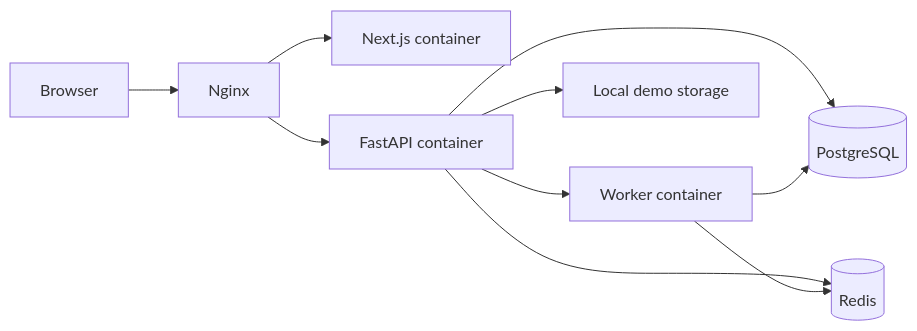
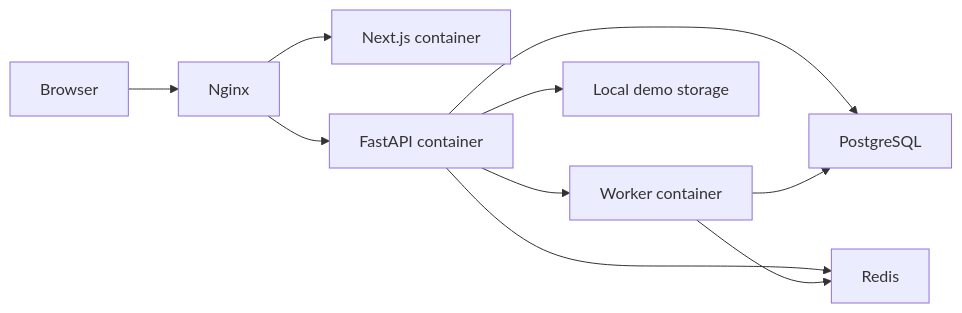
One commit to HUSNAIN-MUNAWAR/workflowops-ai changed the fourth of 4 diagrams in README.md. Above: the diagram before and after it, drawn with Mermaid. The commit also changed other lines of this file and 30 other files, not shown here.

````diff
--- a/README.md
+++ b/README.md
@@ -159,12 +98,12 @@
 ```mermaid
 flowchart LR
-  Browser --> Nginx
-  Nginx --> Frontend[Next.js container]
-  Nginx --> Backend[FastAPI container]
-  Backend --> Worker[Worker container]
-  Backend --> Postgres[(PostgreSQL)]
-  Worker --> Postgres
-  Backend --> Redis[(Redis)]
-  Worker --> Redis
-  Backend --> Storage[Local demo storage]
+  browser["Browser"] --> proxy["Nginx"]
+  proxy --> web["Next.js container"]
+  proxy --> api["FastAPI container"]
+  api --> worker["Worker container"]
+  api --> db["PostgreSQL"]
+  worker --> db
+  api --> redis["Redis"]
+  worker --> redis
+  api --> storage["Local demo storage"]
 ```
````
